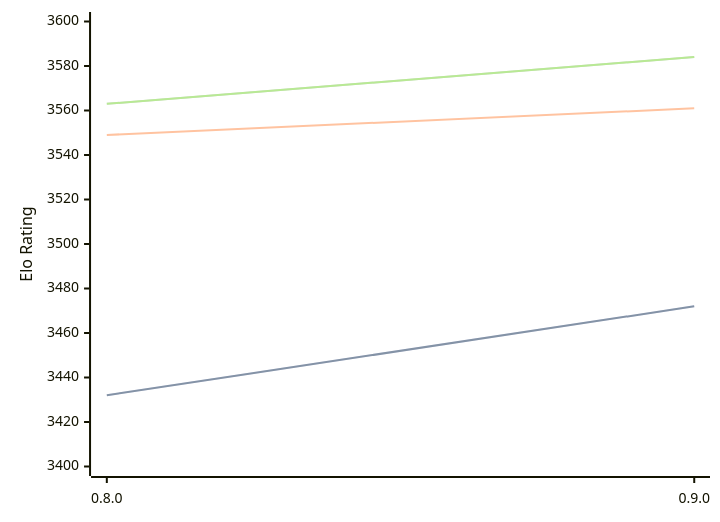
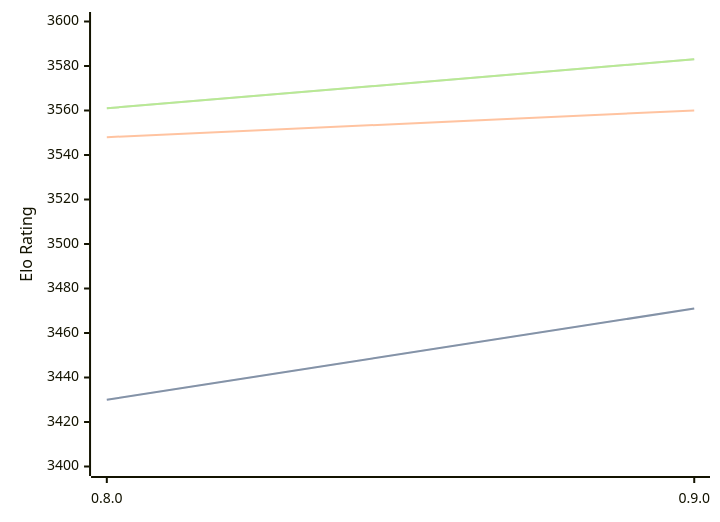
One commit to computer-chess-index/cci changed the diagram in engines/Reckless.md. Above: the diagram before and after it, drawn with Mermaid. The commit also changed other lines of this file, not shown here.

Commit message:
Update CCI Ratings (ELO VLTC) - 2026-08-04

````diff
--- a/engines/Reckless.md
+++ b/engines/Reckless.md
@@ -39,11 +39,11 @@
 ```mermaid
 %%{init: {"theme":"base","themeVariables":{"seriesColors:['#a3a3a3','#222221','#faa371']}}}%%
 xychart-beta
   x-axis ["0.8.0", "0.9.0"]
   y-axis "Elo Rating" 3400 --> 3600
-  line "STC (8.0+0.08s)" [3432, 3472]
-  line "STC (8.0+0.08s)" [3432, 3472]
-  line "LTC (60.0+0.60s)" [3549, 3561]
-  line "VLTC (2m24s+1.12s)" [3563, 3584]
-  line "VLTC (2m24s+1.12s)" [3563, 3584]
+  line "STC (8.0+0.08s)" [3430, 3471]
+  line "STC (8.0+0.08s)" [3430, 3471]
+  line "LTC (60.0+0.60s)" [3548, 3560]
+  line "VLTC (2m24s+1.12s)" [3561, 3583]
+  line "VLTC (2m24s+1.12s)" [3561, 3583]
 ```
````
